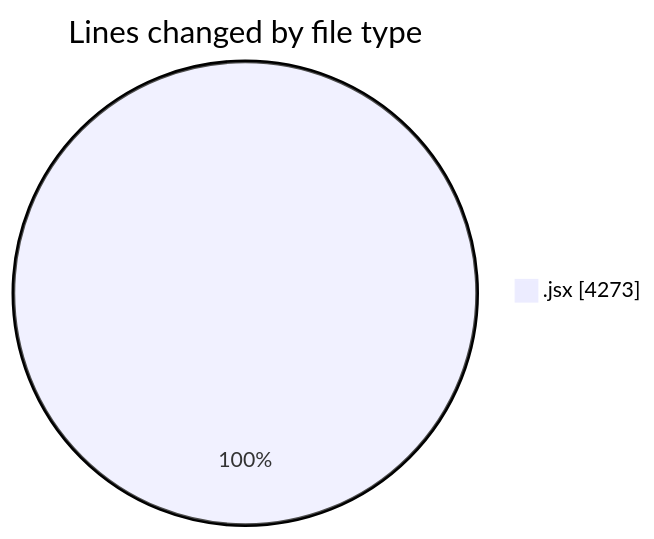
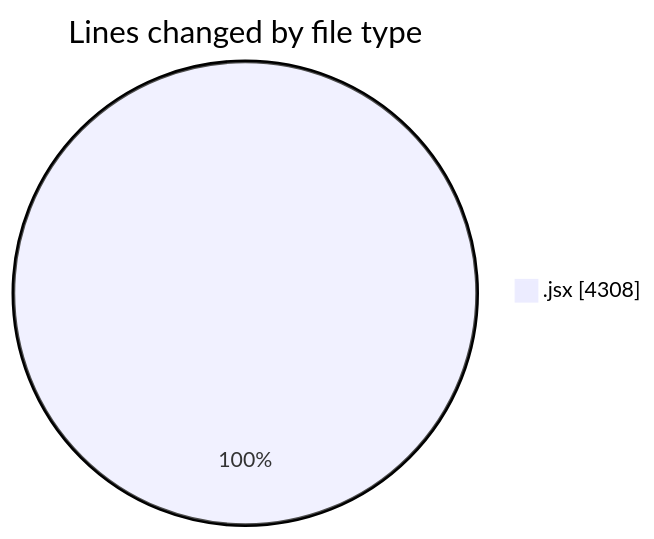
One commit to nxtqubesakshisongat/code-tracking changed the first of 2 diagrams in 2026-01-06/nxtqube_webapp/README.md. Above: the diagram before and after it, drawn with Mermaid. The commit also changed other lines of this file and 1 other file, not shown here.

````diff
--- a/2026-01-06/nxtqube_webapp/README.md
+++ b/2026-01-06/nxtqube_webapp/README.md
@@ -21,5 +21,5 @@
 ```mermaid
 pie showData
 title Lines changed by file type
-".jsx" : 4273
+".jsx" : 4308
 ```
````
